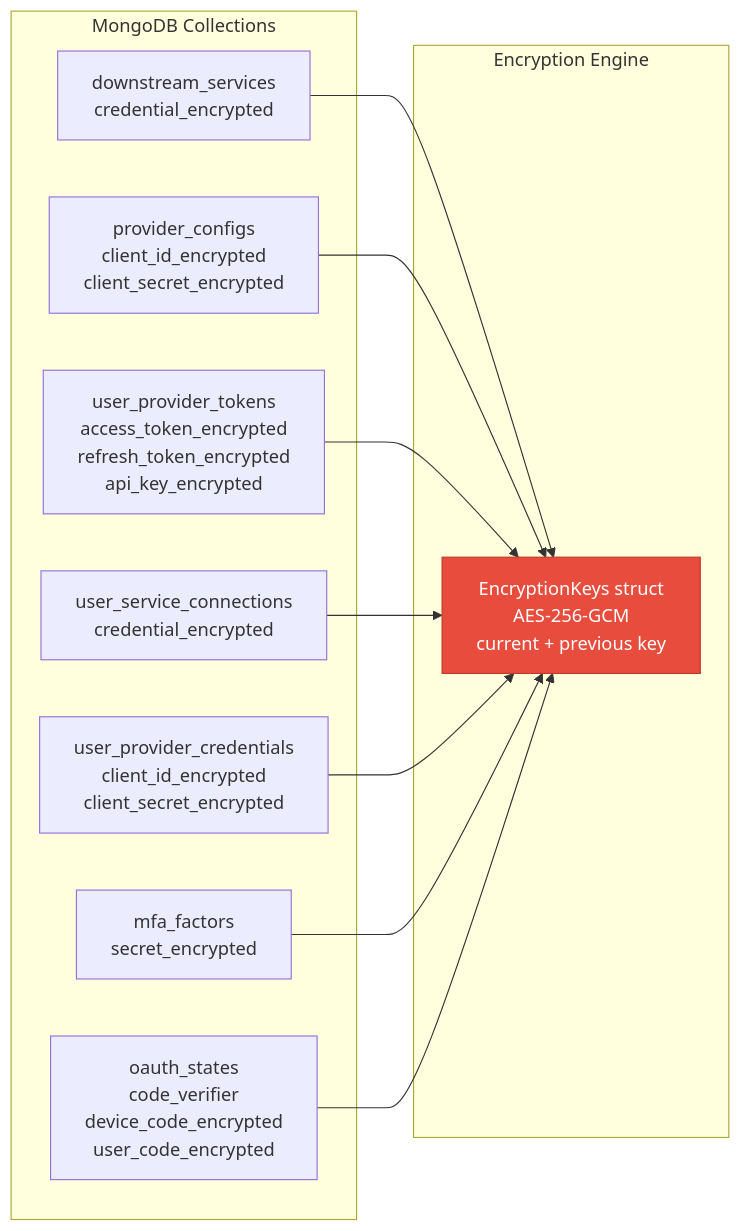
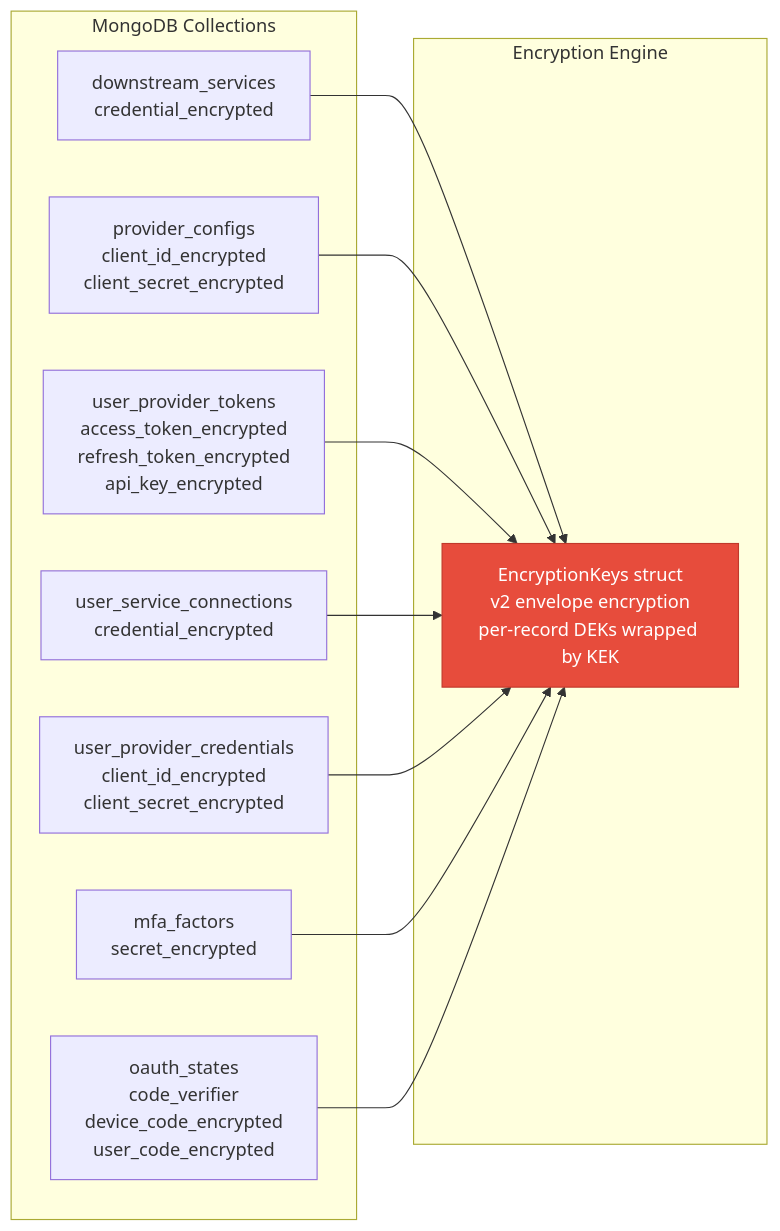
Before and after one commit to ChronoAIProject/NyxID: the third of 29 diagrams in docs/ENCRYPTION_ARCHITECTURE.md, drawn with Mermaid. The commit also changed other lines of this file and 8 other files, not shown here.

First line of the commit message:
feat: add envelope encryption with per-record DEKs (Phase 2)

````diff
--- a/docs/ENCRYPTION_ARCHITECTURE.md
+++ b/docs/ENCRYPTION_ARCHITECTURE.md
@@ -94,26 +130,26 @@
 ```mermaid
 graph LR
     subgraph MongoDB Collections
         DS["downstream_services<br/>credential_encrypted"]
         PC["provider_configs<br/>client_id_encrypted<br/>client_secret_encrypted"]
         UPT["user_provider_tokens<br/>access_token_encrypted<br/>refresh_token_encrypted<br/>api_key_encrypted"]
         USC["user_service_connections<br/>credential_encrypted"]
         UPC["user_provider_credentials<br/>client_id_encrypted<br/>client_secret_encrypted"]
         MF["mfa_factors<br/>secret_encrypted"]
         OS["oauth_states<br/>code_verifier<br/>device_code_encrypted<br/>user_code_encrypted"]
     end
 
     subgraph Encryption Engine
-        EK["EncryptionKeys struct<br/>AES-256-GCM<br/>current + previous key"]
+        EK["EncryptionKeys struct<br/>v2 envelope encryption<br/>per-record DEKs wrapped by KEK"]
     end
 
     DS --> EK
     PC --> EK
     UPT --> EK
     USC --> EK
     UPC --> EK
     MF --> EK
     OS --> EK
 
     style EK fill:#e74c3c,color:#fff,stroke:#c0392b
 ```
````
